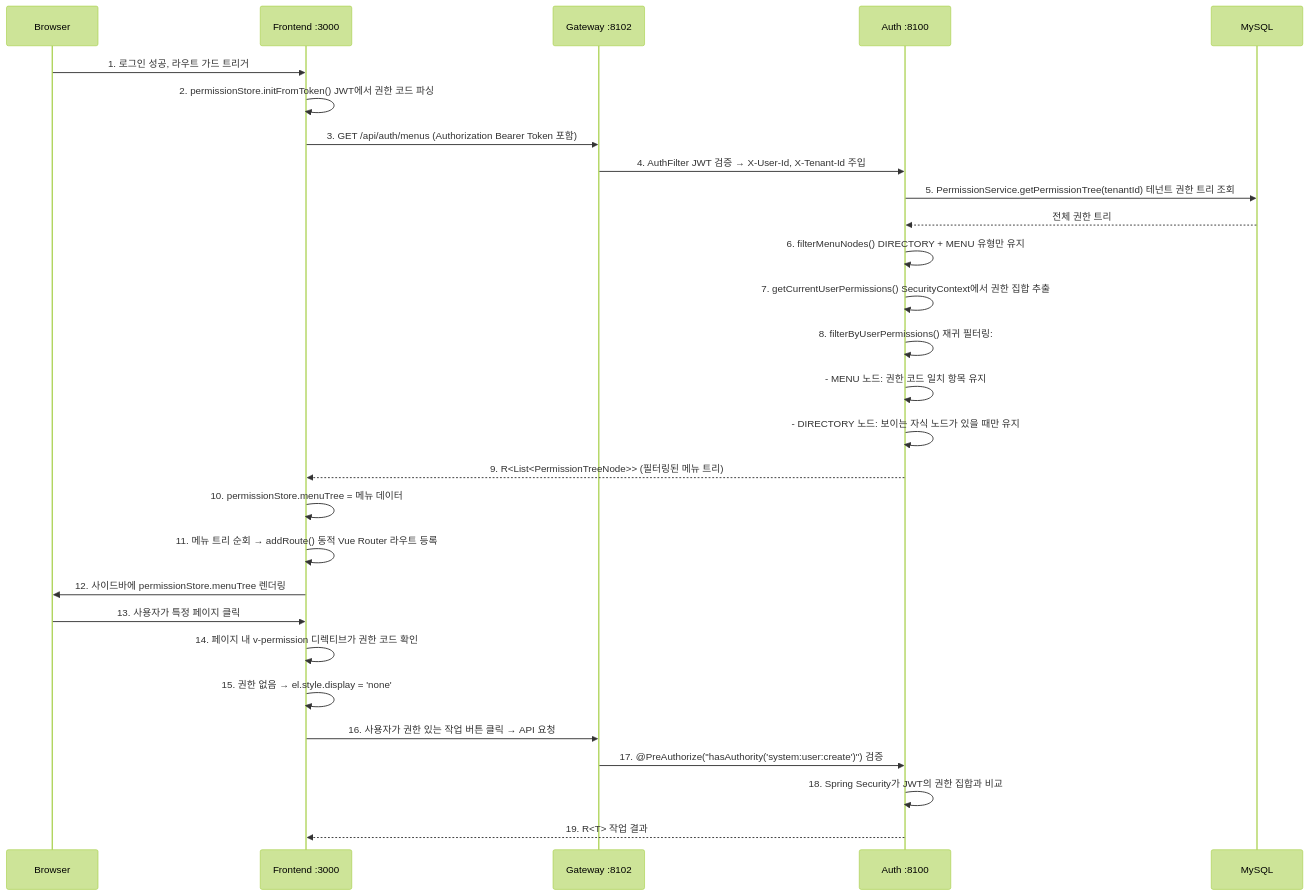
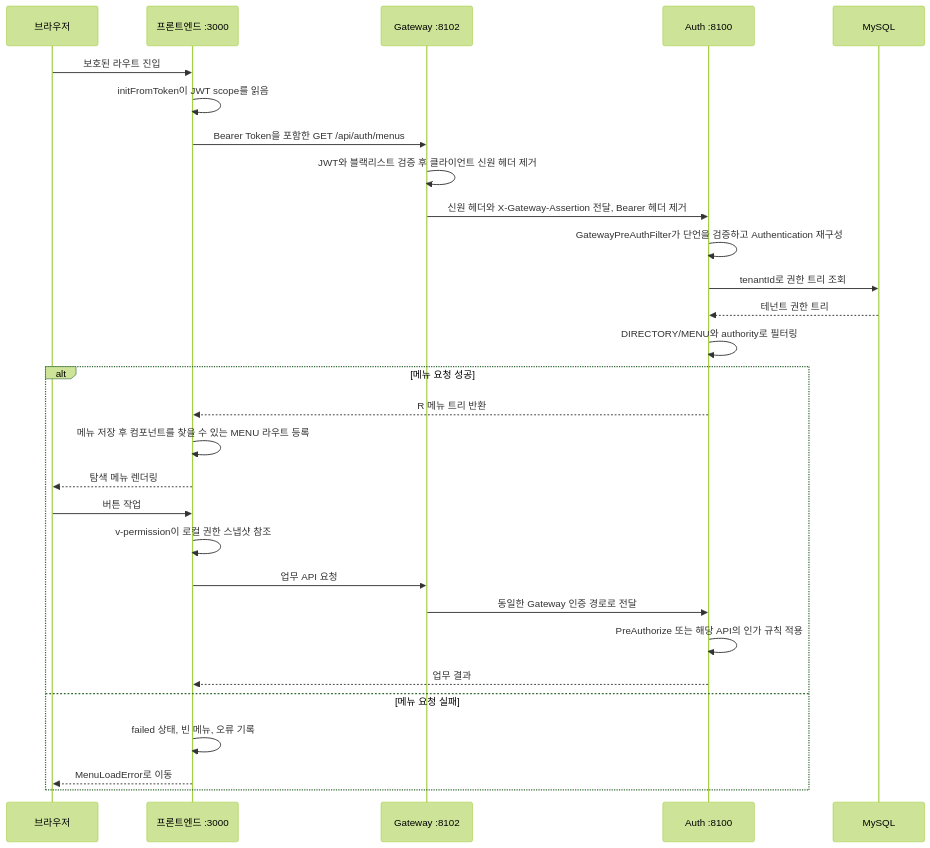
One commit to wang-baohai/Omni-Stack changed the fifth of 21 diagrams in docs/core-flows.kr.md. Above: the diagram before and after it, drawn with Mermaid (forest theme). The commit also changed other lines of this file and 1095 other files, not shown here.

````diff
--- a/docs/core-flows.kr.md
+++ b/docs/core-flows.kr.md
@@ -663,31 +490,31 @@
 ```mermaid
 sequenceDiagram
-    participant B as Browser
-    participant F as Frontend :3000
+    participant B as 브라우저
+    participant F as 프론트엔드 :3000
     participant G as Gateway :8102
     participant A as Auth :8100
     participant M as MySQL
-
-    B->>F: 1. 로그인 성공, 라우트 가드 트리거
-    F->>F: 2. permissionStore.initFromToken() JWT에서 권한 코드 파싱
-    F->>G: 3. GET /api/auth/menus (Authorization Bearer Token 포함)
-    G->>A: 4. AuthFilter JWT 검증 → X-User-Id, X-Tenant-Id 주입
-    A->>M: 5. PermissionService.getPermissionTree(tenantId) 테넌트 권한 트리 조회
-    M-->>A: 전체 권한 트리
-    A->>A: 6. filterMenuNodes() DIRECTORY + MENU 유형만 유지
-    A->>A: 7. getCurrentUserPermissions() SecurityContext에서 권한 집합 추출
-    A->>A: 8. filterByUserPermissions() 재귀 필터링:
-    A->>A:    - MENU 노드: 권한 코드 일치 항목 유지
-    A->>A:    - DIRECTORY 노드: 보이는 자식 노드가 있을 때만 유지
-    A-->>F: 9. R<List<PermissionTreeNode>> (필터링된 메뉴 트리)
-    F->>F: 10. permissionStore.menuTree = 메뉴 데이터
-    F->>F: 11. 메뉴 트리 순회 → addRoute() 동적 Vue Router 라우트 등록
-    F->>B: 12. 사이드바에 permissionStore.menuTree 렌더링
-    B->>F: 13. 사용자가 특정 페이지 클릭
-    F->>F: 14. 페이지 내 v-permission 디렉티브가 권한 코드 확인
-    F->>F: 15. 권한 없음 → el.style.display = 'none'
-    F->>G: 16. 사용자가 권한 있는 작업 버튼 클릭 → API 요청
-    G->>A: 17. @PreAuthorize("hasAuthority('system:user:create')") 검증
-    A->>A: 18. Spring Security가 JWT의 권한 집합과 비교
-    A-->>F: 19. R<T> 작업 결과
+    B->>F: 보호된 라우트 진입
+    F->>F: initFromToken이 JWT scope를 읽음
+    F->>G: Bearer Token을 포함한 GET /api/auth/menus
+    G->>G: JWT와 블랙리스트 검증 후 클라이언트 신원 헤더 제거
+    G->>A: 신원 헤더와 X-Gateway-Assertion 전달, Bearer 헤더 제거
+    A->>A: GatewayPreAuthFilter가 단언을 검증하고 Authentication 재구성
+    A->>M: tenantId로 권한 트리 조회
+    M-->>A: 테넌트 권한 트리
+    A->>A: DIRECTORY/MENU와 authority로 필터링
+    alt 메뉴 요청 성공
+        A-->>F: R 메뉴 트리 반환
+        F->>F: 메뉴 저장 후 컴포넌트를 찾을 수 있는 MENU 라우트 등록
+        F-->>B: 탐색 메뉴 렌더링
+        B->>F: 버튼 작업
+        F->>F: v-permission이 로컬 권한 스냅샷 참조
+        F->>G: 업무 API 요청
+        G->>A: 동일한 Gateway 인증 경로로 전달
+        A->>A: PreAuthorize 또는 해당 API의 인가 규칙 적용
+        A-->>F: 업무 결과
+    else 메뉴 요청 실패
+        F->>F: failed 상태, 빈 메뉴, 오류 기록
+        F-->>B: MenuLoadError로 이동
+    end
 ```
````
